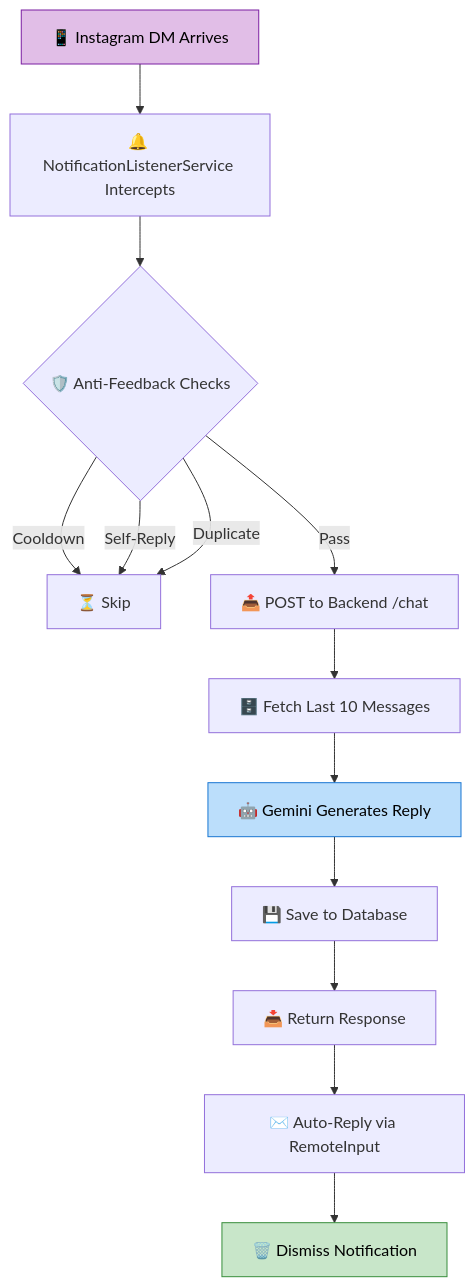
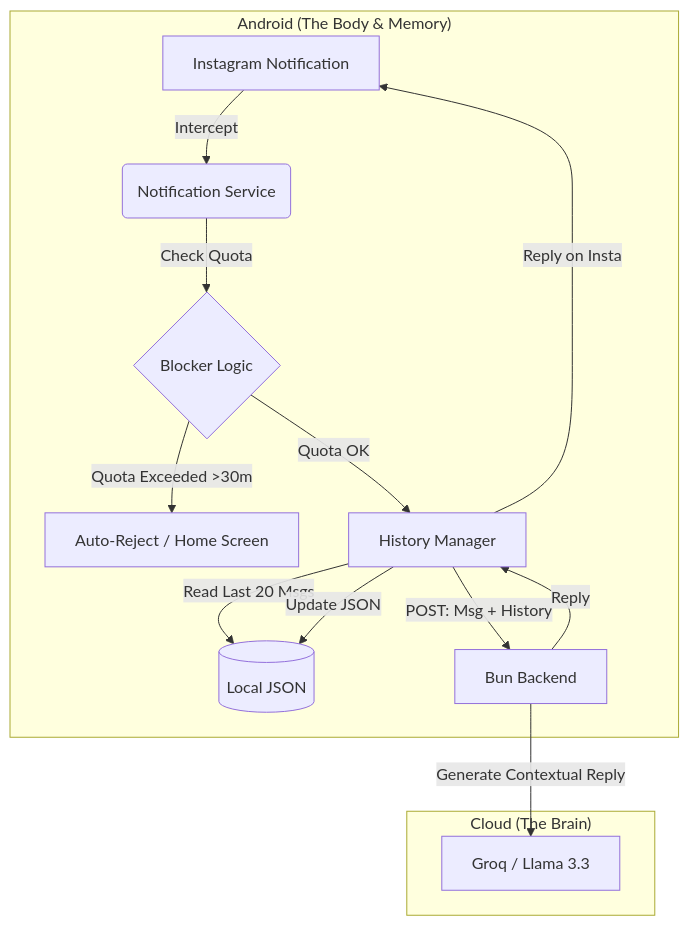
Before and after one commit to v0idsnacks/PIM: the diagram in README.md, drawn with Mermaid. The commit also changed other lines of this file and 25 other files, not shown here.

First line of the commit message:
refactor: remove database integration and related files for stateless architecture

````diff
--- a/README.md
+++ b/README.md
@@ -37,19 +40,21 @@
 ```mermaid
-flowchart TD
-    A[📱 Instagram DM Arrives] --> B[🔔 NotificationListenerService Intercepts]
-    B --> C{🛡️ Anti-Feedback Checks}
-    C -->|Cooldown| D[⏳ Skip]
-    C -->|Self-Reply| D
-    C -->|Duplicate| D
-    C -->|Pass| E[📤 POST to Backend /chat]
-    E --> F[🗄️ Fetch Last 10 Messages]
-    F --> G[🤖 Gemini Generates Reply]
-    G --> H[💾 Save to Database]
-    H --> I[📥 Return Response]
-    I --> J[✉️ Auto-Reply via RemoteInput]
-    J --> K[🗑️ Dismiss Notification]
+graph TD
+    subgraph "Android (The Body & Memory)"
+        A[Instagram Notification] -->|Intercept| B(Notification Service)
+        B -->|Check Quota| C{Blocker Logic}
+        
+        C -- "Quota Exceeded >30m" --> D[Auto-Reject / Home Screen]
+        C -- "Quota OK" --> E[History Manager]
+        
+        E -->|Read Last 20 Msgs| F[(Local JSON)]
+        E -->|POST: Msg + History| G[Bun Backend]
+        
+        G -->|Reply| E
+        E -->|Update JSON| F
+        E -->|Reply on Insta| A
+    end
 
-    style A fill:#E1BEE7,stroke:#7B1FA2,color:#000
-    style G fill:#BBDEFB,stroke:#1976D2,color:#000
-    style K fill:#C8E6C9,stroke:#388E3C,color:#000
+    subgraph "Cloud (The Brain)"
+        G -->|Generate Contextual Reply| H[Groq / Llama 3.3]
+    end
 ```
````
